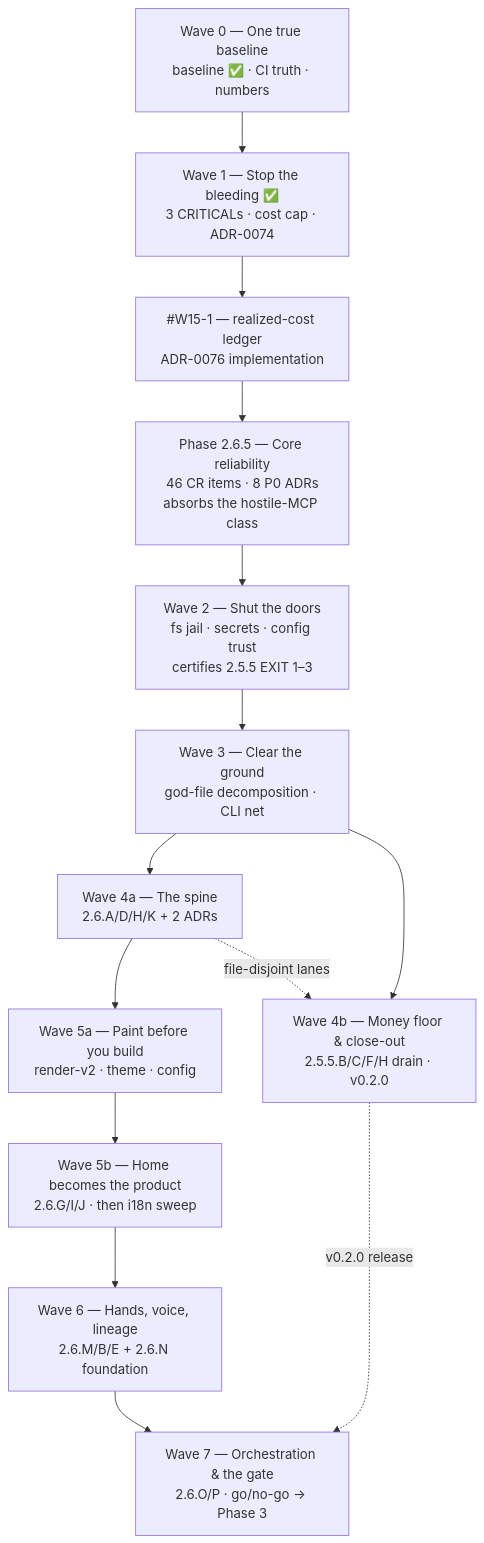
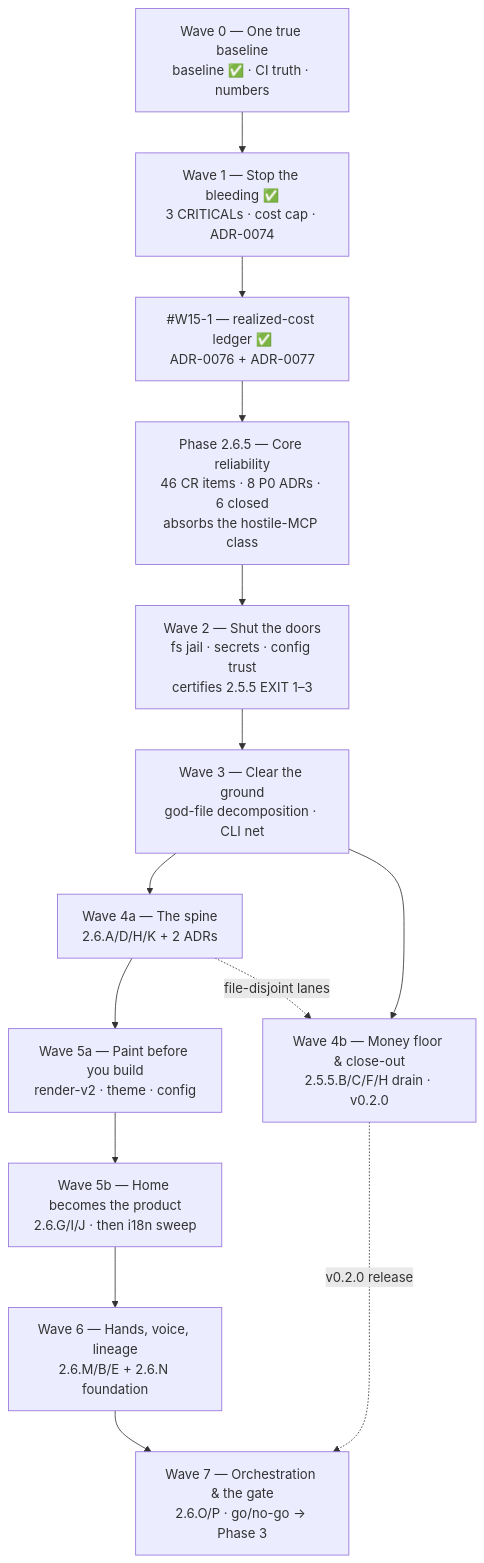
The diagram in docs/roadmap/current.md (HodeTech/Relavium), drawn with Mermaid before and after one commit. The commit also changed other lines of this file and 1 other file, not shown here.

First line of the commit message:
docs(roadmap): record PR #82 as merged and open the durability spine

````diff
--- a/docs/roadmap/current.md
+++ b/docs/roadmap/current.md
@@ -88,19 +88,19 @@
 ```mermaid
 flowchart TD
     W0["Wave 0 — One true baseline<br/>baseline ✅ · CI truth · numbers"]
     W1["Wave 1 — Stop the bleeding ✅<br/>3 CRITICALs · cost cap · ADR-0074"]
-    LEDGER["#W15-1 — realized-cost ledger<br/>ADR-0076 implementation"]
-    P265["Phase 2.6.5 — Core reliability<br/>46 CR items · 8 P0 ADRs<br/>absorbs the hostile-MCP class"]
+    LEDGER["#W15-1 — realized-cost ledger ✅<br/>ADR-0076 + ADR-0077"]
+    P265["Phase 2.6.5 — Core reliability<br/>46 CR items · 8 P0 ADRs · 6 closed<br/>absorbs the hostile-MCP class"]
     W2["Wave 2 — Shut the doors<br/>fs jail · secrets · config trust<br/>certifies 2.5.5 EXIT 1–3"]
     W3["Wave 3 — Clear the ground<br/>god-file decomposition · CLI net"]
     W4a["Wave 4a — The spine<br/>2.6.A/D/H/K + 2 ADRs"]
     W4b["Wave 4b — Money floor & close-out<br/>2.5.5.B/C/F/H drain · v0.2.0"]
     W5a["Wave 5a — Paint before you build<br/>render-v2 · theme · config"]
     W5b["Wave 5b — Home becomes the product<br/>2.6.G/I/J · then i18n sweep"]
     W6["Wave 6 — Hands, voice, lineage<br/>2.6.M/B/E + 2.6.N foundation"]
     W7["Wave 7 — Orchestration & the gate<br/>2.6.O/P · go/no-go → Phase 3"]
     W0 --> W1 --> LEDGER --> P265 --> W2 --> W3 --> W4a --> W5a --> W5b --> W6 --> W7
     W3 --> W4b
     W4b -.->|v0.2.0 release| W7
     W4a -.->|file-disjoint lanes| W4b
 ```
````
